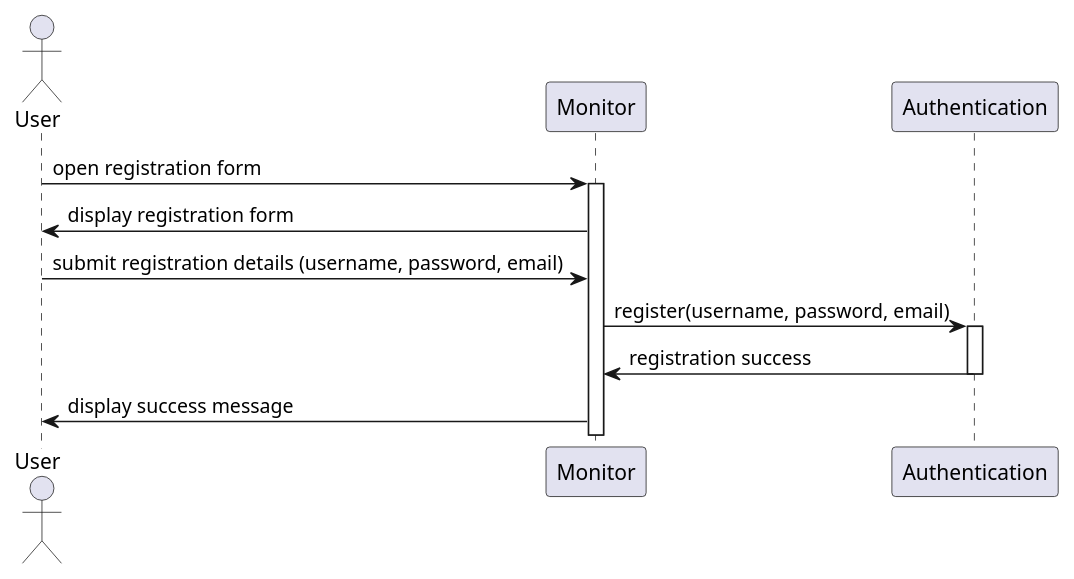
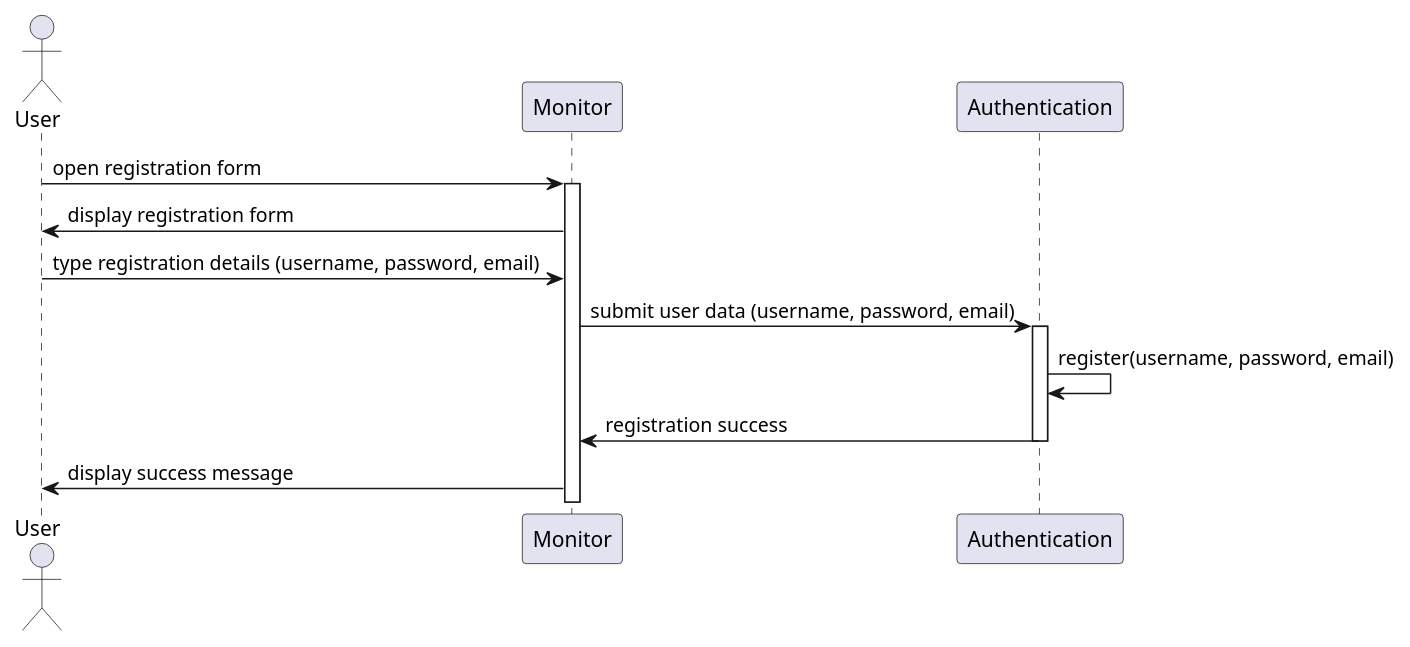
One commit to zuzu2307/Final_UML changed the diagram in src/registration.puml. Above: the diagram before and after it, drawn with PlantUML. The commit also changed 1 other file, not shown here.

Commit message:
change register diagram

```diff
--- a/src/registration.puml
+++ b/src/registration.puml
@@ -1,17 +1,18 @@
 @startuml
 actor User
 participant Monitor
 participant Authentication
 
 User -> Monitor: open registration form
 activate Monitor
 Monitor -> User: display registration form
 
-User -> Monitor: submit registration details (username, password, email)
-Monitor -> Authentication: register(username, password, email)
+User -> Monitor: type registration details (username, password, email)
+Monitor -> Authentication: submit user data (username, password, email)
 activate Authentication
+Authentication -> Authentication: register(username, password, email)
 Authentication -> Monitor: registration success
 deactivate Authentication
 Monitor -> User: display success message
 
 @enduml
```
